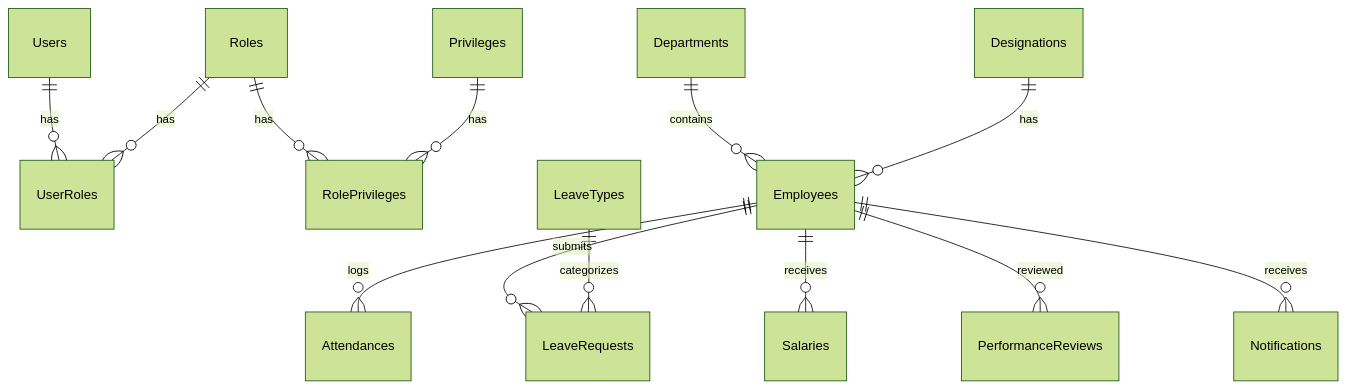
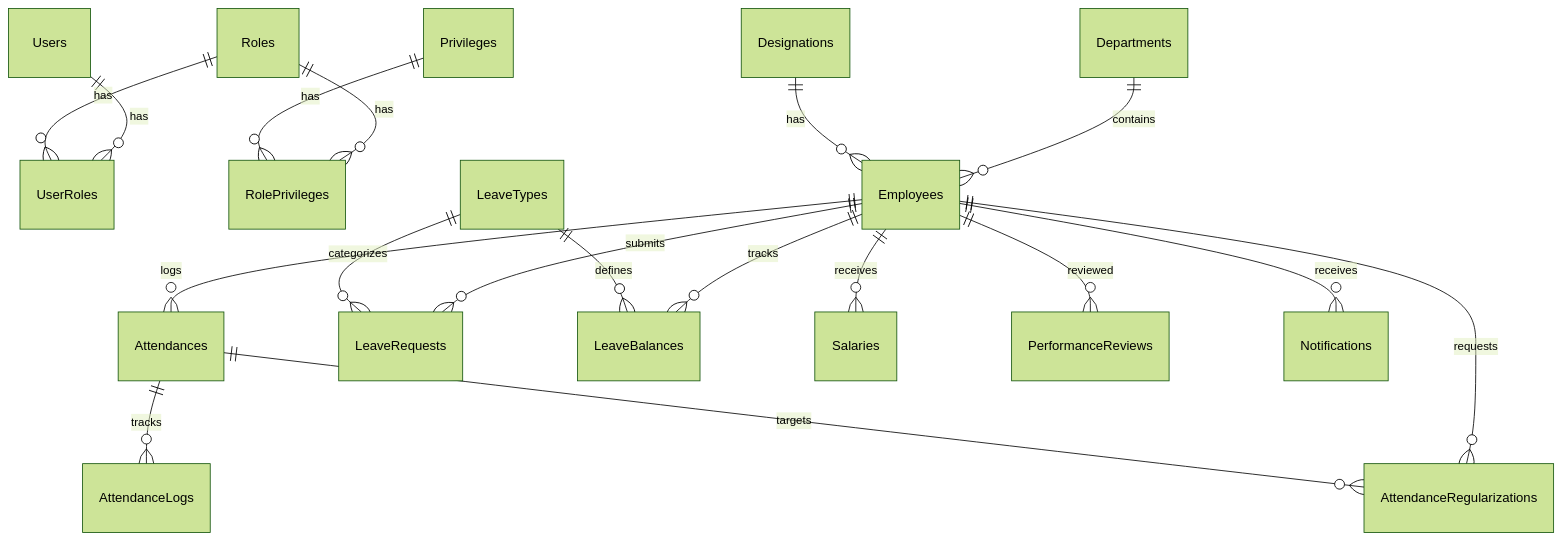
Before and after one commit to KartikZCoding/emp-management-system-asp.net-web-api: the diagram in Doc/EMS_Documentation.md, drawn with Mermaid (forest theme). The commit also changed other lines of this file, not shown here.

````diff
--- a/Doc/EMS_Documentation.md
+++ b/Doc/EMS_Documentation.md
@@ -48,16 +85,21 @@
 ```mermaid
 erDiagram
     Users ||--o{ UserRoles : has
     Roles ||--o{ UserRoles : has
     Roles ||--o{ RolePrivileges : has
     Privileges ||--o{ RolePrivileges : has
 
     Departments ||--o{ Employees : contains
     Designations ||--o{ Employees : has
     Employees ||--o{ Attendances : logs
+    Attendances ||--o{ AttendanceLogs : tracks
+    Employees ||--o{ AttendanceRegularizations : requests
+    Attendances ||--o{ AttendanceRegularizations : targets
     Employees ||--o{ LeaveRequests : submits
+    Employees ||--o{ LeaveBalances : tracks
+    LeaveTypes ||--o{ LeaveRequests : categorizes
+    LeaveTypes ||--o{ LeaveBalances : defines
     Employees ||--o{ Salaries : receives
     Employees ||--o{ PerformanceReviews : reviewed
     Employees ||--o{ Notifications : receives
-    LeaveTypes ||--o{ LeaveRequests : categorizes
 ```
````
